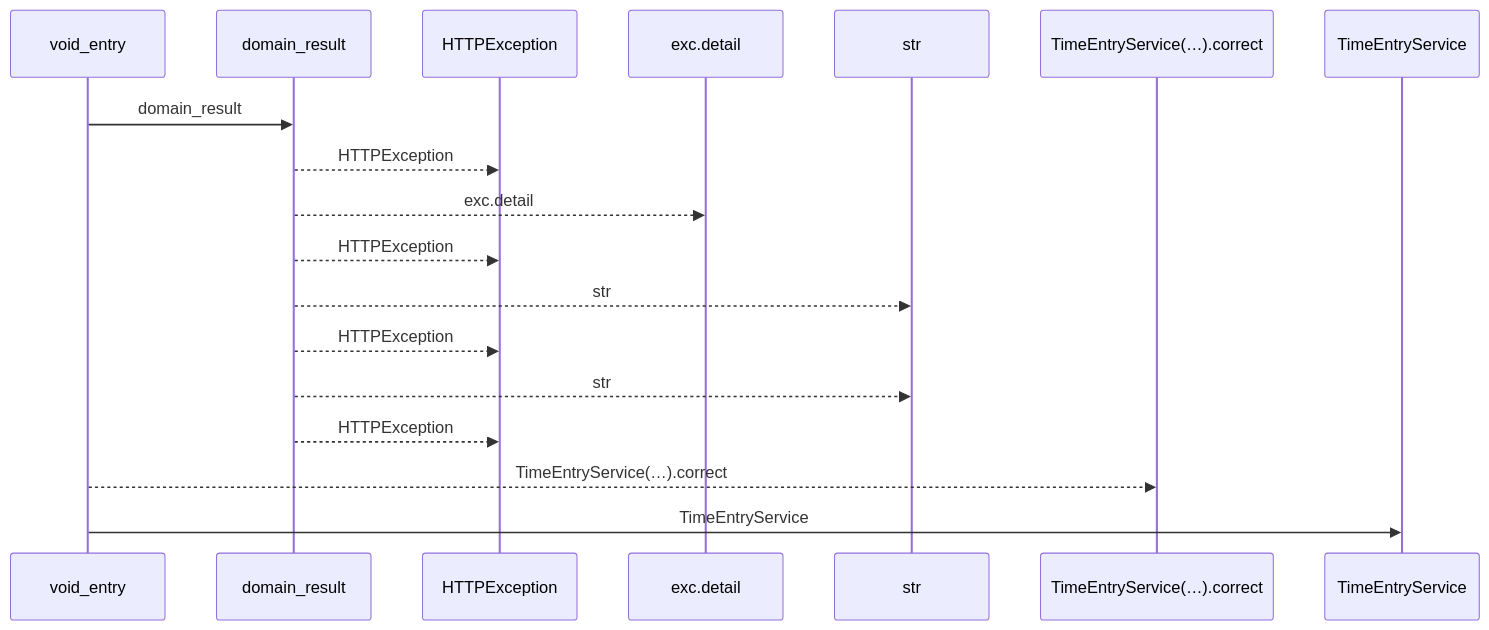
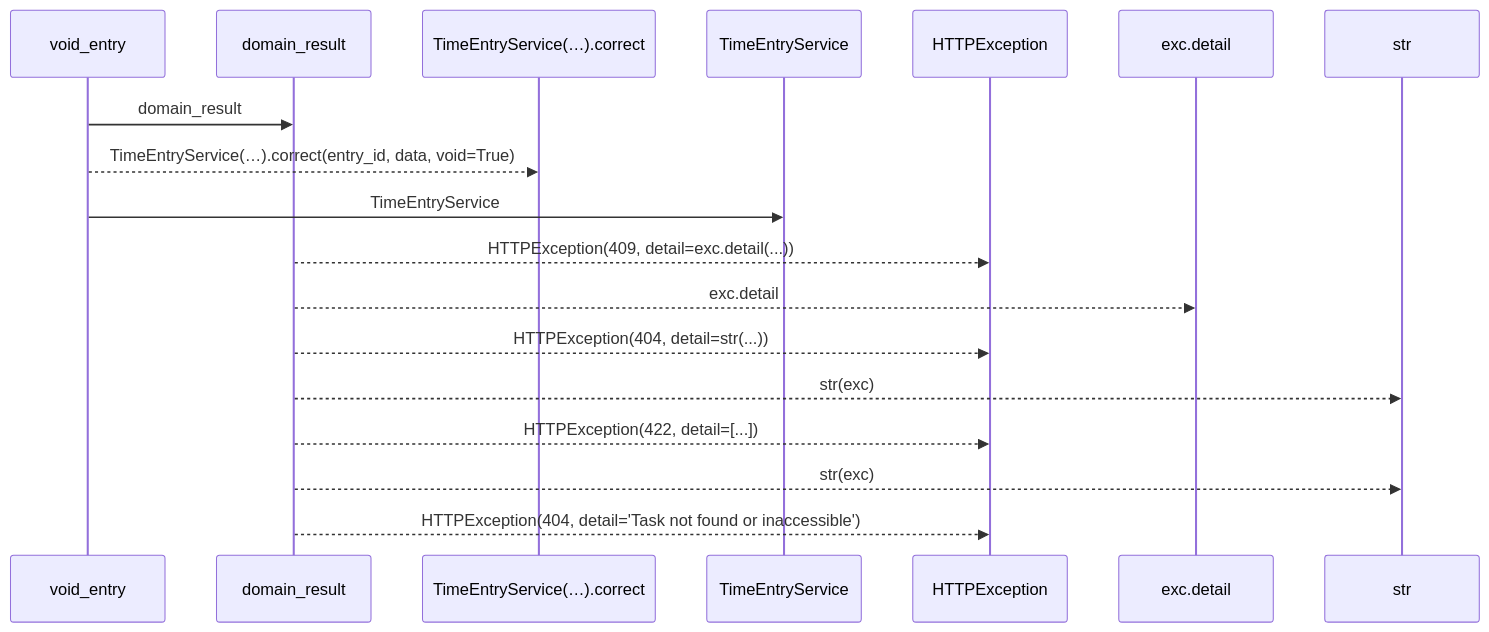
One commit to Denissvgn/WorkChord changed the first of 2 diagrams in docs/llm_wiki/flows/http-void_entry.md. Above: the diagram before and after it, drawn with Mermaid. The commit also changed other lines of this file and 25171 other files, not shown here.

````diff
--- a/docs/llm_wiki/flows/http-void_entry.md
+++ b/docs/llm_wiki/flows/http-void_entry.md
@@ -10,20 +12,20 @@
 ```mermaid
 sequenceDiagram
     participant p0 as void_entry
     participant p1 as domain_result
-    participant p2 as HTTPException
-    participant p3 as exc.detail
-    participant p4 as str
-    participant p5 as TimeEntryService(…).correct
-    participant p6 as TimeEntryService
+    participant p2 as TimeEntryService(…).correct
+    participant p3 as TimeEntryService
+    participant p4 as HTTPException
+    participant p5 as exc.detail
+    participant p6 as str
     p0->>p1: domain_result
-    p1-->>p2: HTTPException
-    p1-->>p3: exc.detail
-    p1-->>p2: HTTPException
-    p1-->>p4: str
-    p1-->>p2: HTTPException
-    p1-->>p4: str
-    p1-->>p2: HTTPException
-    p0-->>p5: TimeEntryService(…).correct
-    p0->>p6: TimeEntryService
+    p0-->>p2: TimeEntryService(…).correct(entry_id, data, void=True)
+    p0->>p3: TimeEntryService
+    p1-->>p4: HTTPException(409, detail=exc.detail(...))
+    p1-->>p5: exc.detail
+    p1-->>p4: HTTPException(404, detail=str(...))
+    p1-->>p6: str(exc)
+    p1-->>p4: HTTPException(422, detail=[...])
+    p1-->>p6: str(exc)
+    p1-->>p4: HTTPException(404, detail='Task not found or inaccessible')
 ```
````
